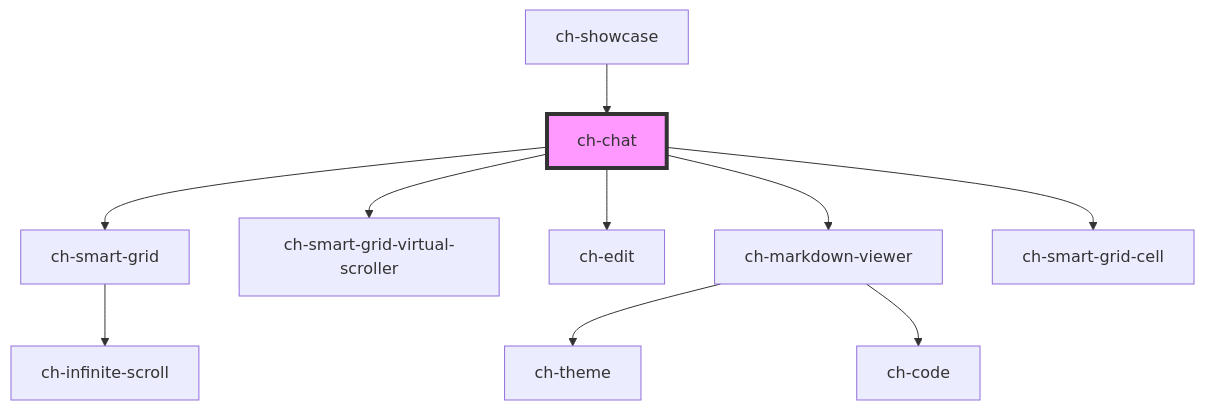
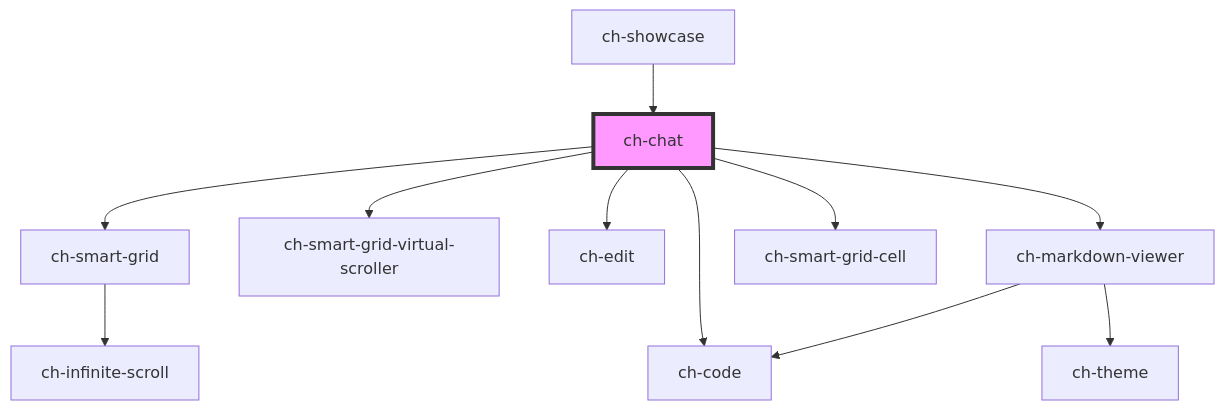
Before and after one commit to genexuslabs/chameleon-controls-library: the diagram in src/components/chat/readme.md, drawn with Mermaid. The commit also changed other lines of this file and 3 other files, not shown here.

````diff
--- a/src/components/chat/readme.md
+++ b/src/components/chat/readme.md
@@ -139,13 +140,14 @@
 ```mermaid
 graph TD;
   ch-chat --> ch-smart-grid
   ch-chat --> ch-smart-grid-virtual-scroller
   ch-chat --> ch-edit
+  ch-chat --> ch-code
   ch-chat --> ch-markdown-viewer
   ch-chat --> ch-smart-grid-cell
   ch-smart-grid --> ch-infinite-scroll
   ch-markdown-viewer --> ch-theme
   ch-markdown-viewer --> ch-code
   ch-showcase --> ch-chat
   style ch-chat fill:#f9f,stroke:#333,stroke-width:4px
 ```
````
